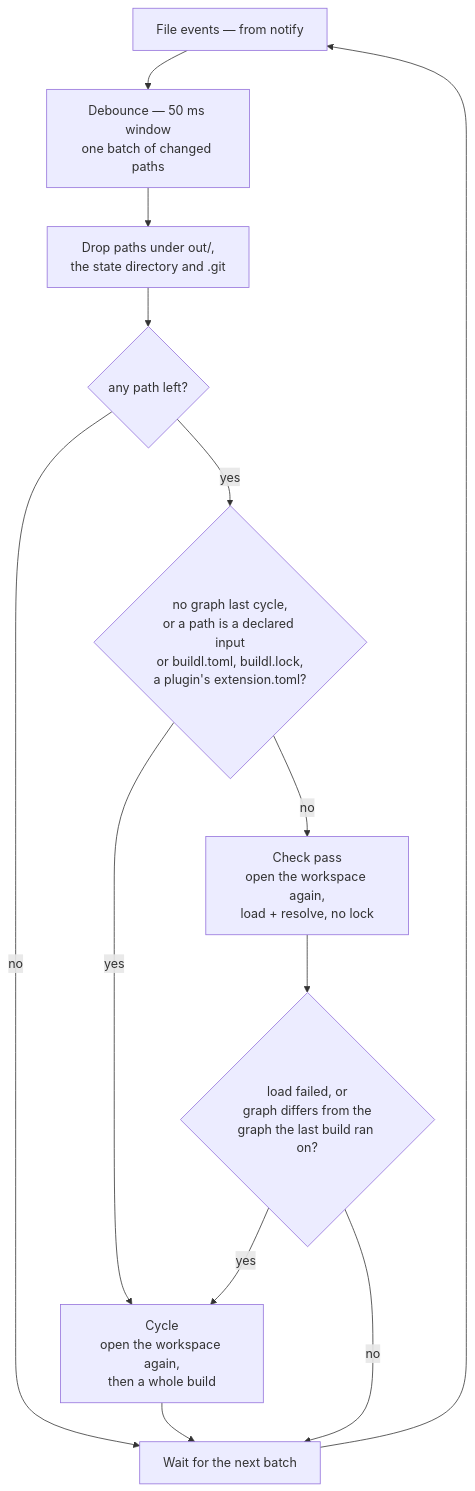
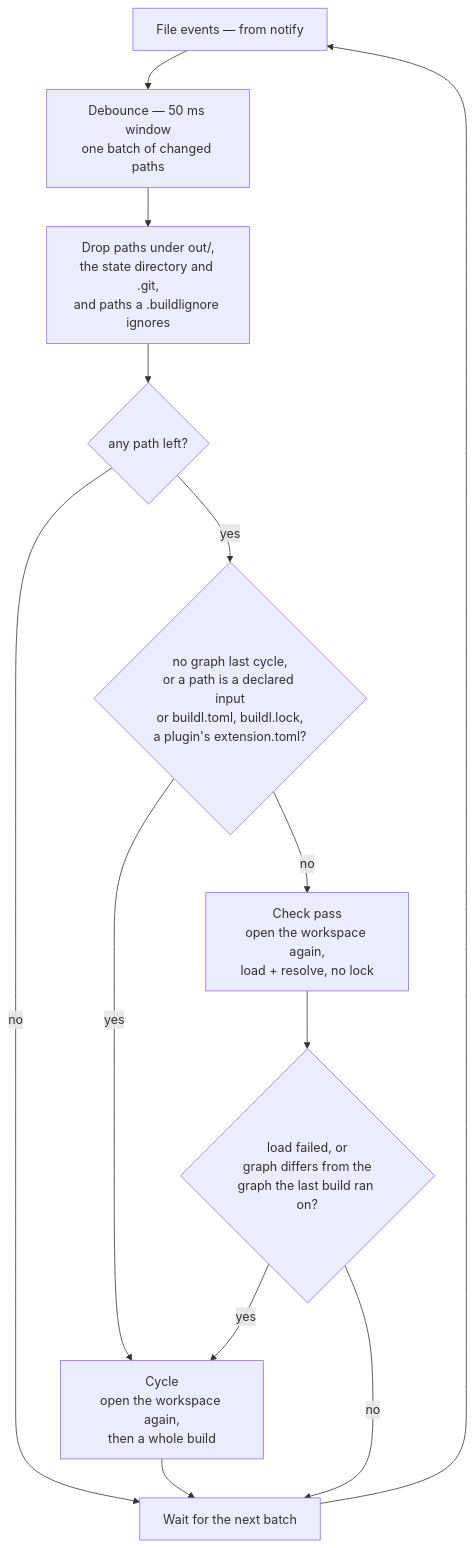
The first of 2 diagrams in book/src/ch10-00-watch.md (airsstack/buildl), drawn with Mermaid before and after one commit. The commit also changed other lines of this file and 5 other files, not shown here.

````diff
--- a/book/src/ch10-00-watch.md
+++ b/book/src/ch10-00-watch.md
@@ -71,16 +71,16 @@
 ```mermaid
 %% Watch mode loop
 flowchart TD
     EV["File events — from notify"] --> DB["Debounce — 50 ms window<br/>one batch of changed paths"]
-    DB --> DROP["Drop paths under out/,<br/>the state directory and .git"]
+    DB --> DROP["Drop paths under out/,<br/>the state directory and .git,<br/>and paths a .buildlignore ignores"]
     DROP --> E{"any path left?"}
     E -- no --> WAIT
     E -- yes --> Q{"no graph last cycle,<br/>or a path is a declared input<br/>or buildl.toml, buildl.lock,<br/>a plugin's extension.toml?"}
     Q -- yes --> CYCLE
     Q -- no --> CHECK["Check pass<br/>open the workspace again,<br/>load + resolve, no lock"]
     CHECK --> G{"load failed, or<br/>graph differs from the<br/>graph the last build ran on?"}
     G -- yes --> CYCLE["Cycle<br/>open the workspace again,<br/>then a whole build"]
     G -- no --> WAIT["Wait for the next batch"]
     CYCLE --> WAIT
     WAIT --> EV
 ```
````
